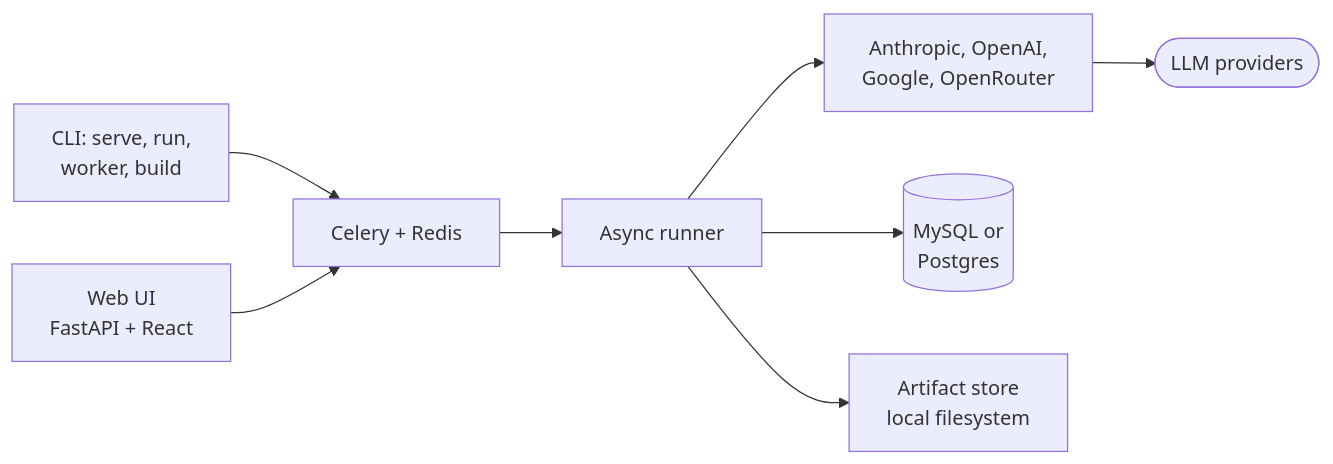
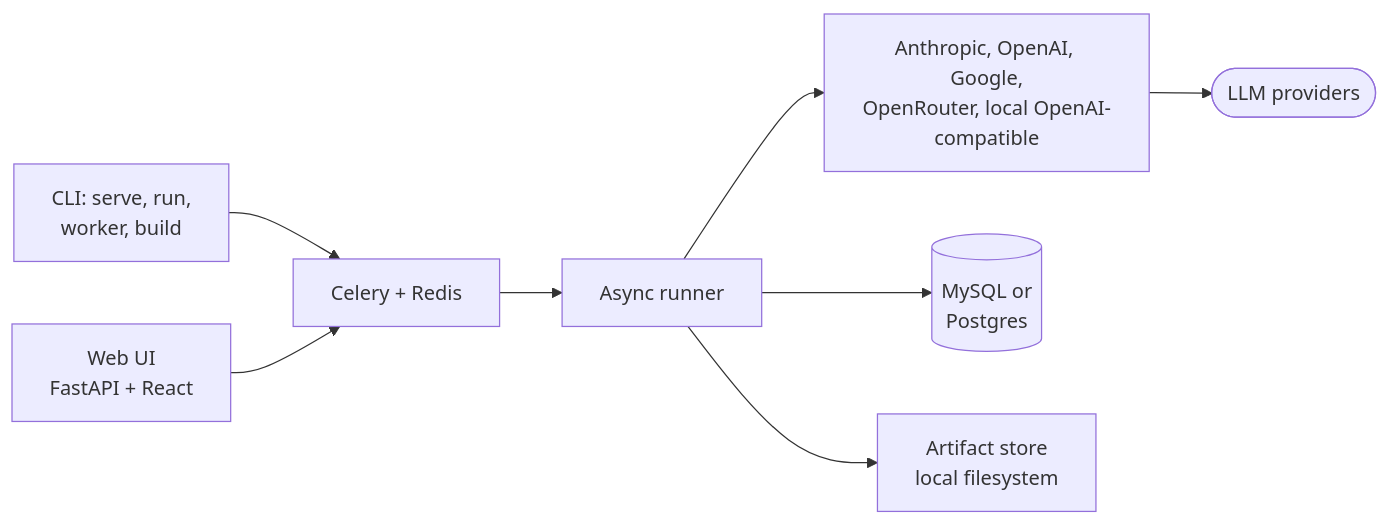
Before and after one commit to datathere/clean-evals: the diagram in docs/docs/index.md, drawn with Mermaid. The commit also changed 2 other files, not shown here.

Commit message:
docs: local adapter in the CLI auth table, quick start, and architecture diagram

````diff
--- a/docs/docs/index.md
+++ b/docs/docs/index.md
@@ -64,10 +64,10 @@
 ```mermaid
 flowchart LR
     CLI[CLI: serve, run,<br/>worker, build] --> Q[Celery + Redis]
     Web[Web UI<br/>FastAPI + React] --> Q
     Q --> Workers[Async runner]
-    Workers --> Adapters[Anthropic, OpenAI,<br/>Google, OpenRouter]
+    Workers --> Adapters[Anthropic, OpenAI, Google,<br/>OpenRouter, local OpenAI-compatible]
     Workers --> DB[(MySQL or<br/>Postgres)]
     Workers --> Art[Artifact store<br/>local filesystem]
     Adapters --> Models([LLM providers])
 ```
````
